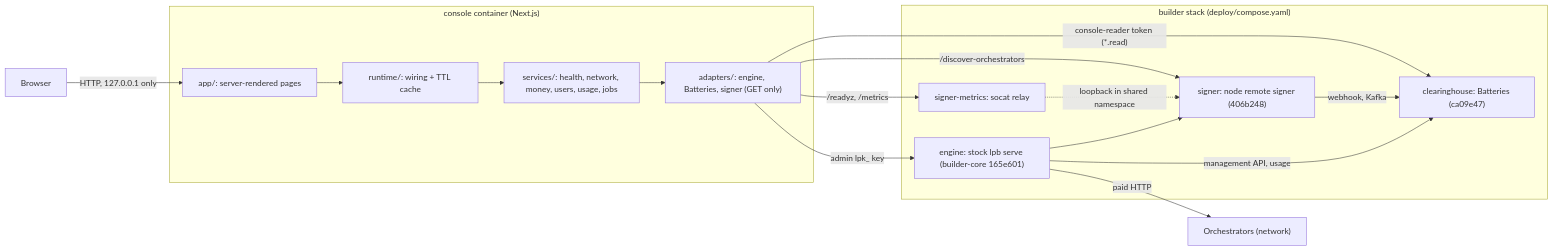
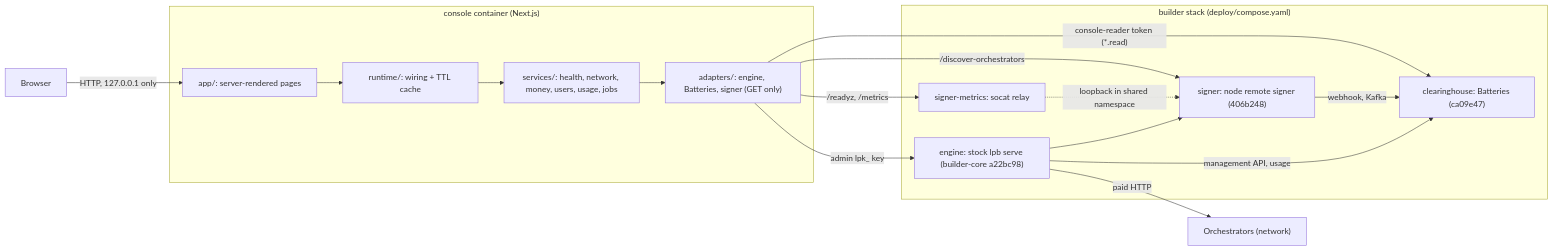
Before and after one commit to NE-Build-Track/builder-core-console: the first of 2 diagrams in ARCHITECTURE.md, drawn with Mermaid. The commit also changed 7 other files, not shown here.

First line of the commit message:
Re-pin the engine to builder-core a22bc98 (PR #41 review fixes, doc sweep)

````diff
--- a/ARCHITECTURE.md
+++ b/ARCHITECTURE.md
@@ -9,25 +9,25 @@
 ```mermaid
 flowchart LR
     Browser["Browser"]
     subgraph Console["console container (Next.js)"]
         Pages["app/: server-rendered pages"]
         RT["runtime/: wiring + TTL cache"]
         SVC["services/: health, network, money, users, usage, jobs"]
         AD["adapters/: engine, Batteries, signer (GET only)"]
     end
     subgraph Stack["builder stack (deploy/compose.yaml)"]
-        Engine["engine: stock lpb serve (builder-core 165e601)"]
+        Engine["engine: stock lpb serve (builder-core a22bc98)"]
         Bat["clearinghouse: Batteries (ca09e47)"]
         Signer["signer: node remote signer (406b248)"]
         Relay["signer-metrics: socat relay"]
     end
     Orch["Orchestrators (network)"]
     Browser -->|"HTTP, 127.0.0.1 only"| Pages --> RT --> SVC --> AD
     AD -->|"admin lpk_ key"| Engine
     AD -->|"console-reader token (*.read)"| Bat
     AD -->|"/discover-orchestrators"| Signer
     AD -->|"/readyz, /metrics"| Relay -.->|"loopback in shared namespace"| Signer
     Engine --> Signer -->|"webhook, Kafka"| Bat
     Engine -->|"paid HTTP"| Orch
     Engine -->|"management API, usage"| Bat
 ```
````
